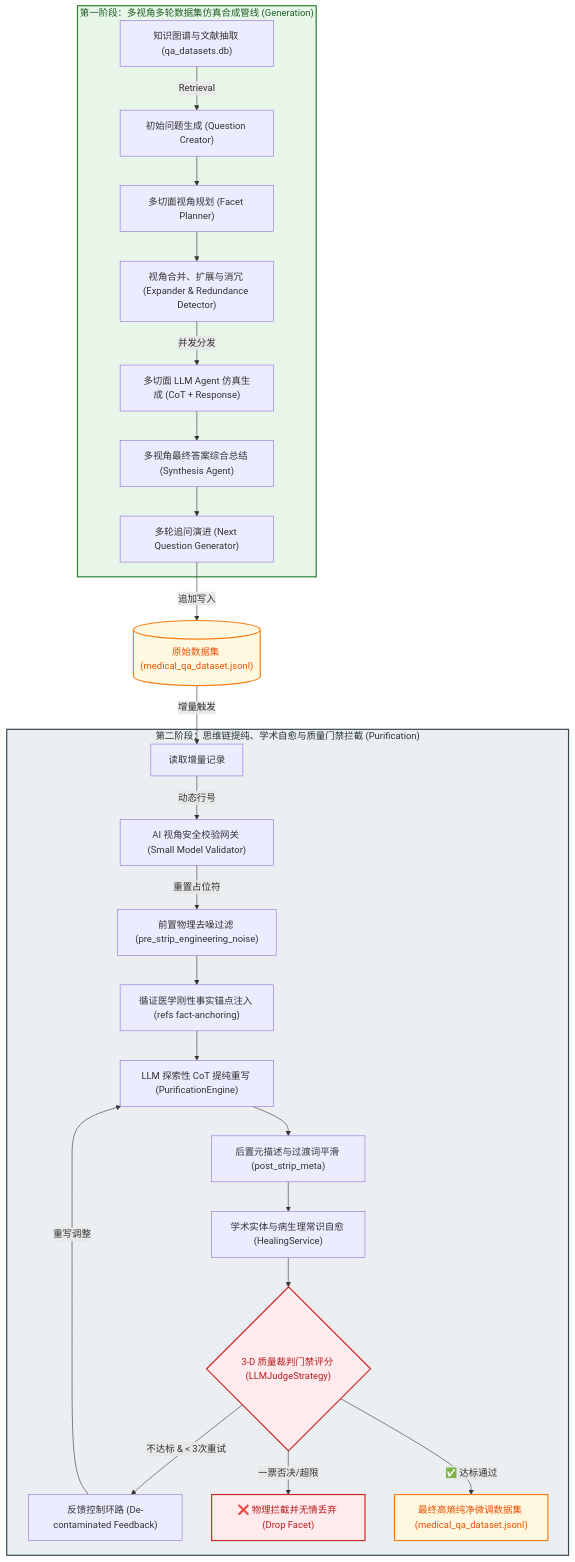
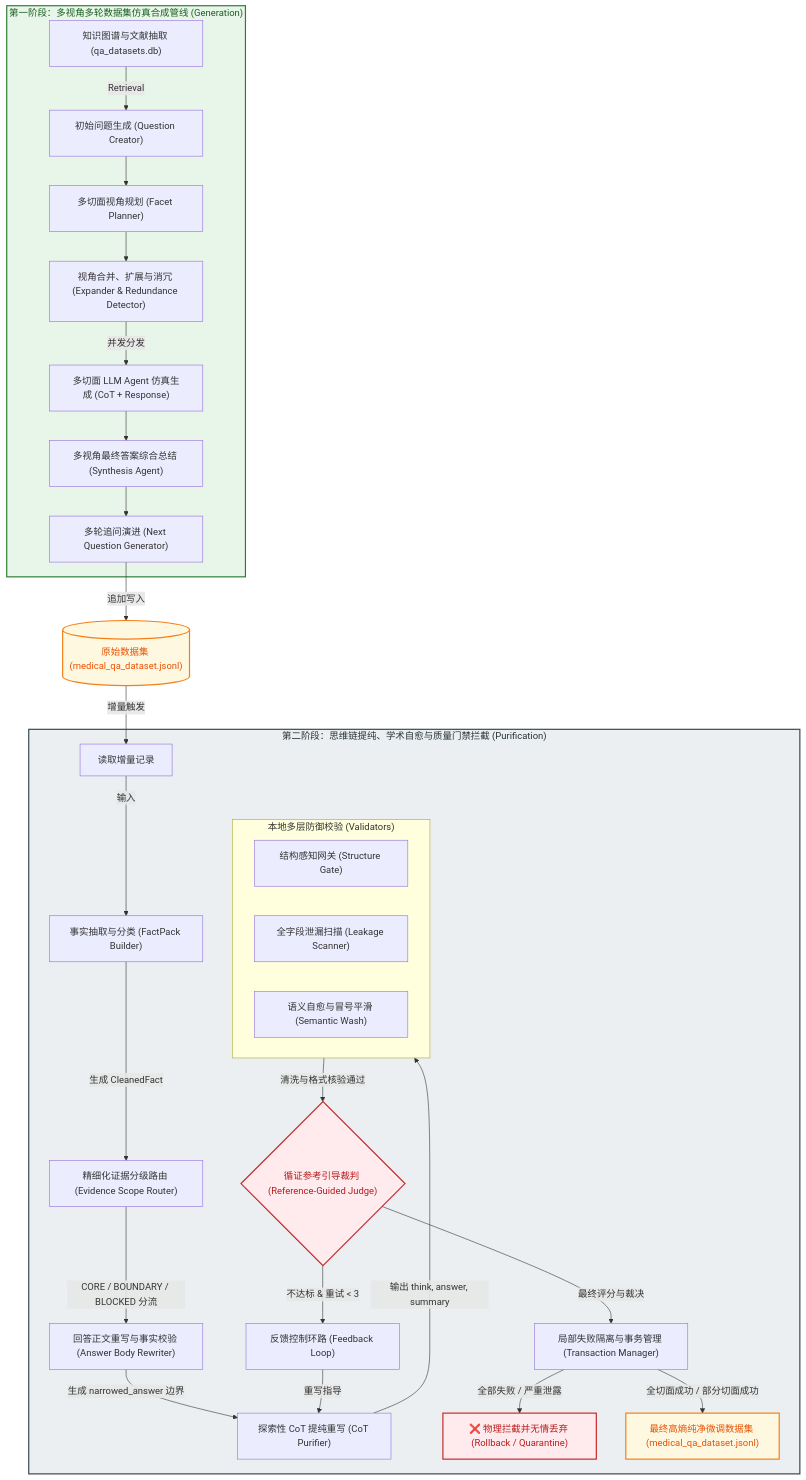
Before and after one commit to sunsumyu/REN: the first of 3 diagrams in qa/docs/project_flowchart.md, drawn with Mermaid. The commit also changed other lines of this file and 6 other files, not shown here.

Commit message:
feat: initialize QA pipeline infrastructure with LLM service integration and supporting technical documentation

````diff
--- a/qa/docs/project_flowchart.md
+++ b/qa/docs/project_flowchart.md
@@ -11,44 +11,49 @@
 ```mermaid
 graph TD
     %% 阶段样式定义
     classDef genStage fill:#e8f5e9,stroke:#2e7d32,stroke-width:2px,color:#1b5e20;
     classDef purStage fill:#eceff1,stroke:#37474f,stroke-width:2px,color:#263238;
     classDef storage fill:#fff8e1,stroke:#f57f17,stroke-width:2px,color:#e65100;
     classDef gate fill:#ffebee,stroke:#c62828,stroke-width:2px,color:#b71c1c;
 
     %% ------------------ 阶段一：数据集生成轨 ------------------
     subgraph Stage1["第一阶段：多视角多轮数据集仿真合成管线 (Generation)"]
         A["知识图谱与文献抽取 (qa_datasets.db)"] -->|Retrieval| B["初始问题生成 (Question Creator)"]
         B --> C["多切面视角规划 (Facet Planner)"]
         C --> D["视角合并、扩展与消冗 (Expander & Redundance Detector)"]
         D -->|并发分发| E["多切面 LLM Agent 仿真生成 (CoT + Response)"]
         E --> F["多视角最终答案综合总结 (Synthesis Agent)"]
         F --> G["多轮追问演进 (Next Question Generator)"]
     end
     class Stage1 genStage;
 
     %% ------------------ 存储落盘 ------------------
     G -->|追加写入| H[("原始数据集 (medical_qa_dataset.jsonl)")]
     class H storage;
 
     %% ------------------ 阶段二：思维链提纯轨 ------------------
     subgraph Stage2["第二阶段：思维链提纯、学术自愈与质量门禁拦截 (Purification)"]
-        I["读取增量记录"] -->|动态行号| J["AI 视角安全校验网关 (Small Model Validator)"]
-        J -->|重置占位符| K["前置物理去噪过滤 (pre_strip_engineering_noise)"]
-        K --> L["循证医学刚性事实锚点注入 (refs fact-anchoring)"]
-        L --> M["LLM 探索性 CoT 提纯重写 (PurificationEngine)"]
-        M --> N["后置元描述与过渡词平滑 (post_strip_meta)"]
-        N --> O["学术实体与病生理常识自愈 (HealingService)"]
-        O --> P{"3-D 质量裁判门禁评分 (LLMJudgeStrategy)"}
-        P -->|不达标 & < 3次重试| Q["反馈控制环路 (De-contaminated Feedback)"]
-        Q -->|重写调整| M
-        P -->|一票否决/超限| R["❌ 物理拦截并无情丢弃 (Drop Facet)"]
-        P -->|✅ 达标通过| S["最终高熵纯净微调数据集 (medical_qa_dataset.jsonl)"]
+        I["读取增量记录"] -->|输入| FPB["事实抽取与分类 (FactPack Builder)"]
+        FPB -->|生成 CleanedFact | ESR["精细化证据分级路由 (Evidence Scope Router)"]
+        ESR -->|CORE / BOUNDARY / BLOCKED 分流| AR["回答正文重写与事实校验 (Answer Body Rewriter)"]
+        AR -->|生成 narrowed_answer 边界| CP["探索性 CoT 提纯重写 (CoT Purifier)"]
+        CP -->|输出 think, answer, summary| VAL["本地多层防御校验 (Validators)"]
+        subgraph VAL ["本地多层防御校验 (Validators)"]
+            SG["结构感知网关 (Structure Gate)"]
+            LS["全字段泄漏扫描 (Leakage Scanner)"]
+            SW["语义自愈与冒号平滑 (Semantic Wash)"]
+        end
+        VAL -->|清洗与格式核验通过| JDG{"循证参考引导裁判 (Reference-Guided Judge)"}
+        JDG -->|不达标 & 重试 < 3| FB["反馈控制环路 (Feedback Loop)"]
+        FB -->|重写指导| CP
+        JDG -->|最终评分与裁决| TM["局部失败隔离与事务管理 (Transaction Manager)"]
+        TM -->|全部失败 / 严重泄露| R["❌ 物理拦截并无情丢弃 (Rollback / Quarantine)"]
+        TM -->|全切面成功 / 部分切面成功| S["最终高熵纯净微调数据集 (medical_qa_dataset.jsonl)"]
     end
     class Stage2 purStage;
-    class P gate;
+    class JDG gate;
     class R gate;
     class S storage;
 
     H -->|增量触发| I
 ```
````
